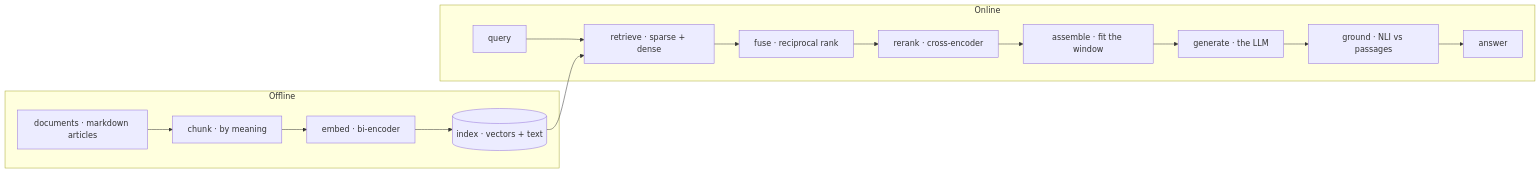
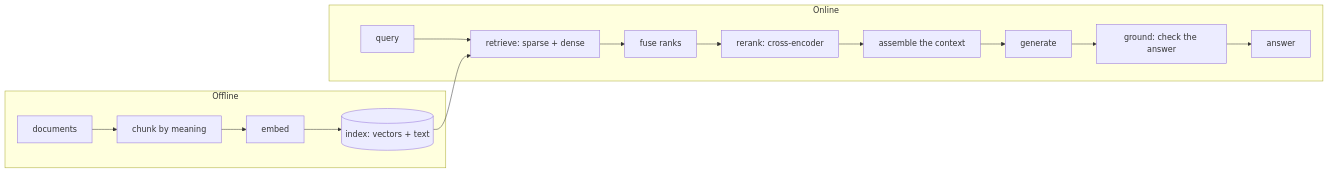
Before and after one commit to kk-engineer/robosathi: the first of 4 diagrams in content/en/docs/agentic_ai/rag.md, drawn with Mermaid. The commit also changed other lines of this file and 15 other files, not shown here.

````diff
--- a/content/en/docs/agentic_ai/rag.md
+++ b/content/en/docs/agentic_ai/rag.md
@@ -52,10 +60,10 @@
 ```mermaid
 graph LR
     subgraph Offline
-    D["documents · markdown articles"] --> C["chunk · by meaning"] --> E["embed · bi-encoder"] --> I[("index · vectors + text")]
+    D["documents"] --> C["chunk by meaning"] --> E["embed"] --> I[("index: vectors + text")]
     end
     subgraph Online
-    Q[query] --> R["retrieve · sparse + dense"] --> F["fuse · reciprocal rank"] --> RR["rerank · cross-encoder"] --> A["assemble · fit the window"] --> G["generate · the LLM"] --> GR["ground · NLI vs passages"] --> ANS[answer]
+    Q[query] --> R["retrieve: sparse + dense"] --> F["fuse ranks"] --> RR["rerank: cross-encoder"] --> A["assemble the context"] --> G["generate"] --> GR["ground: check the answer"] --> ANS[answer]
     end
     I --> R
 ```
````
